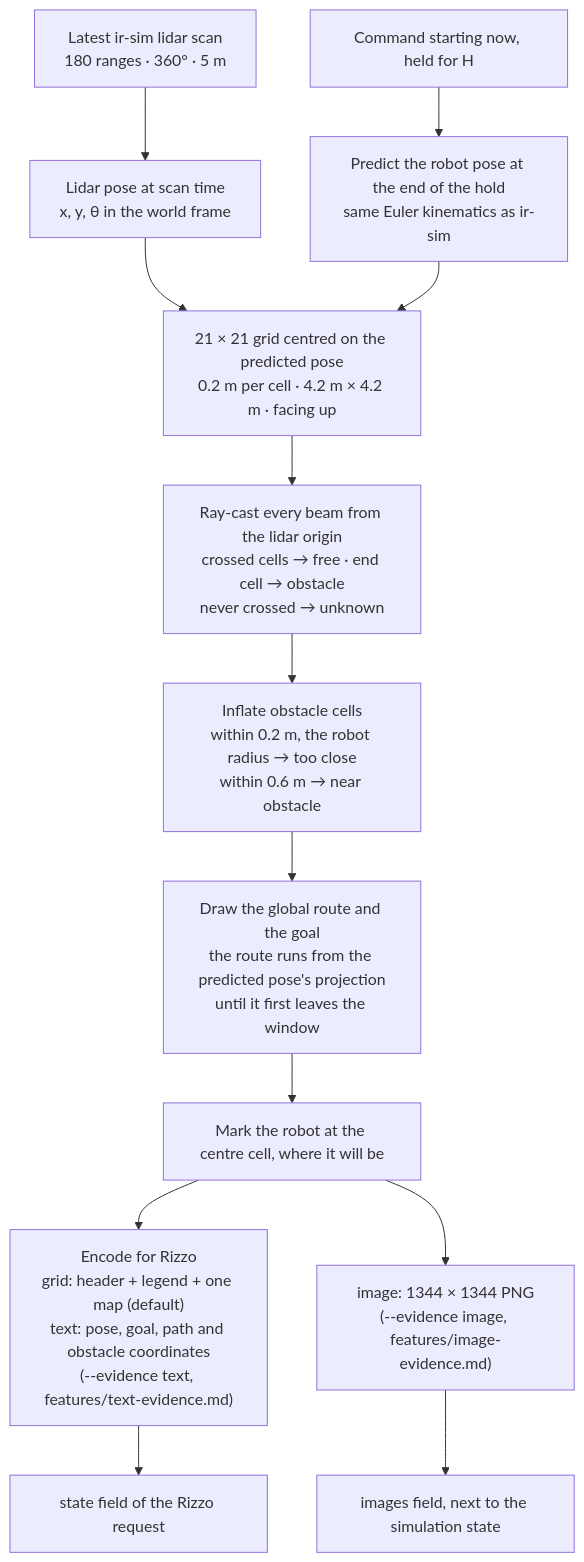
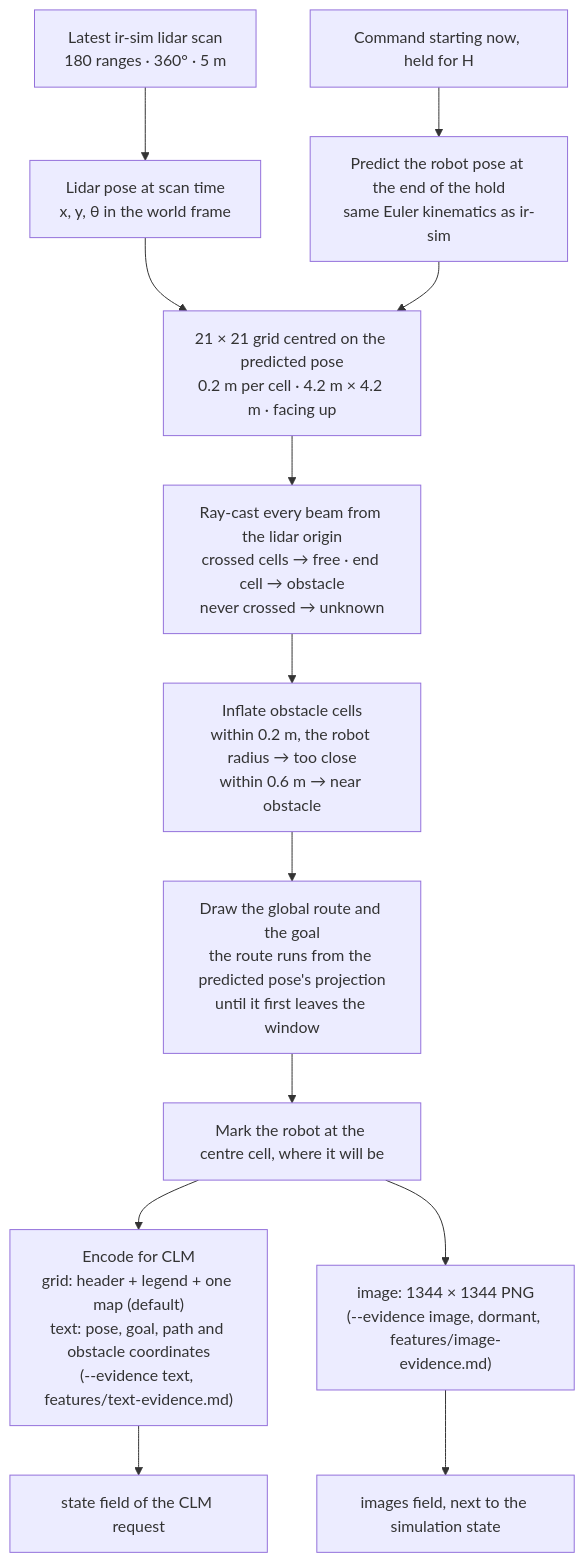
Before and after one commit to RoboticsNetworkTrieste/JevNav: the diagram in .specs/features/local-costmap.md, drawn with Mermaid. The commit also changed other lines of this file and 20 other files, not shown here.

````diff
--- a/.specs/features/local-costmap.md
+++ b/.specs/features/local-costmap.md
@@ -14,15 +14,15 @@
 ```mermaid
 flowchart TD
     S["Latest ir-sim lidar scan<br/>180 ranges · 360° · 5 m"] --> P["Lidar pose at scan time<br/>x, y, θ in the world frame"]
     K["Command starting now, held for H"] --> F["Predict the robot pose at the end of the hold<br/>same Euler kinematics as ir-sim"]
     P --> G["21 × 21 grid centred on the predicted pose<br/>0.2 m per cell · 4.2 m × 4.2 m · facing up"]
     F --> G
     G --> RC["Ray-cast every beam from the lidar origin<br/>crossed cells → free · end cell → obstacle<br/>never crossed → unknown"]
     RC --> INF["Inflate obstacle cells<br/>within 0.2 m, the robot radius → too close<br/>within 0.6 m → near obstacle"]
     INF --> OV["Draw the global route and the goal<br/>the route runs from the predicted pose's projection<br/>until it first leaves the window"]
     OV --> RB["Mark the robot at the centre cell, where it will be"]
-    RB --> ENC["Encode for Rizzo<br/>grid: header + legend + one map (default)<br/>text: pose, goal, path and obstacle coordinates<br/>(--evidence text, features/text-evidence.md)"]
-    ENC --> OUT["state field of the Rizzo request"]
-    RB --> IMG["image: 1344 × 1344 PNG<br/>(--evidence image, features/image-evidence.md)"]
+    RB --> ENC["Encode for CLM<br/>grid: header + legend + one map (default)<br/>text: pose, goal, path and obstacle coordinates<br/>(--evidence text, features/text-evidence.md)"]
+    ENC --> OUT["state field of the CLM request"]
+    RB --> IMG["image: 1344 × 1344 PNG<br/>(--evidence image, dormant, features/image-evidence.md)"]
     IMG --> IOUT["images field, next to the simulation state"]
 ```
````
